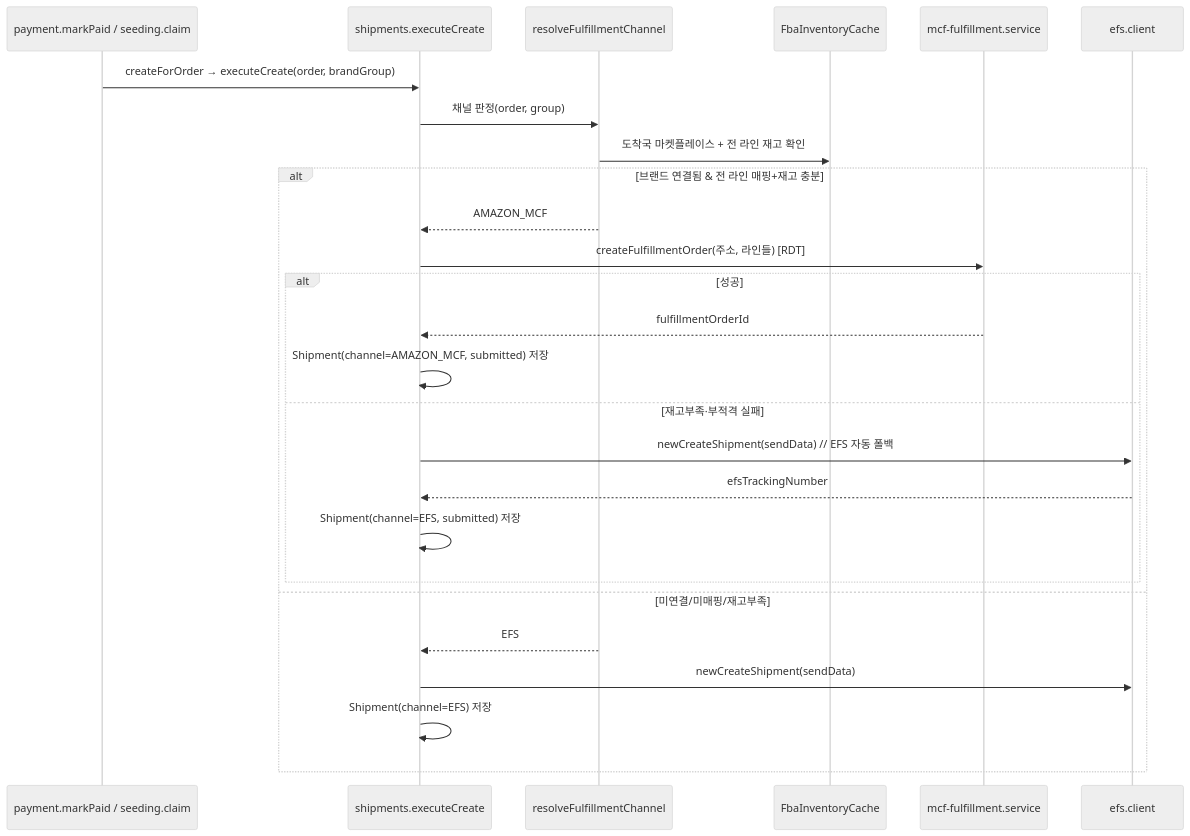
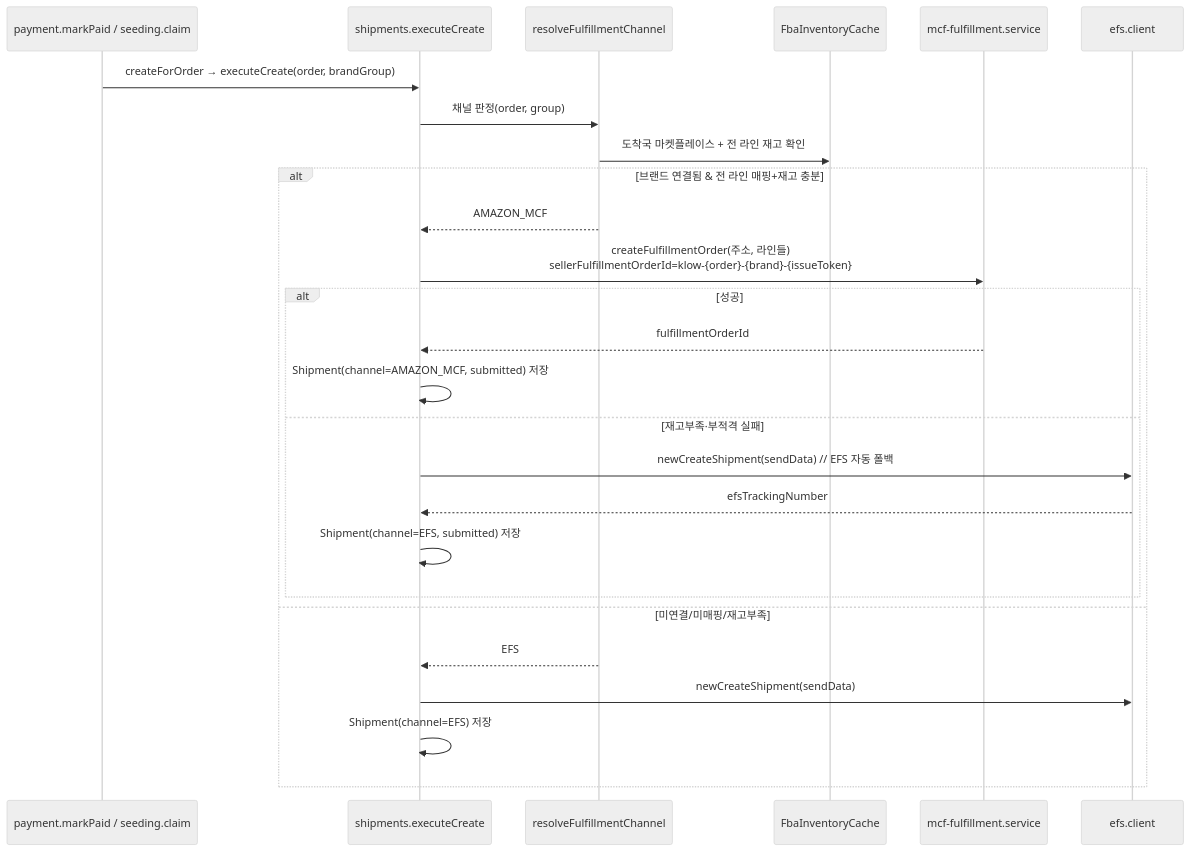
Before and after one commit to hyson0807/klow: the third of 4 diagrams in docs/mcf/flow.md, drawn with Mermaid (neutral theme). The commit also changed other lines of this file and 3 other files, not shown here.

````diff
--- a/docs/mcf/flow.md
+++ b/docs/mcf/flow.md
@@ -58,29 +58,29 @@
 ```mermaid
 sequenceDiagram
   participant Pay as payment.markPaid / seeding.claim
   participant Ship as shipments.executeCreate
   participant Route as resolveFulfillmentChannel
   participant Inv as FbaInventoryCache
   participant MCF as mcf-fulfillment.service
   participant EFS as efs.client
 
   Pay->>Ship: createForOrder → executeCreate(order, brandGroup)
   Ship->>Route: 채널 판정(order, group)
   Route->>Inv: 도착국 마켓플레이스 + 전 라인 재고 확인
   alt 브랜드 연결됨 & 전 라인 매핑+재고 충분
     Route-->>Ship: AMAZON_MCF
-    Ship->>MCF: createFulfillmentOrder(주소, 라인들) [RDT]
+    Ship->>MCF: createFulfillmentOrder(주소, 라인들)<br/>sellerFulfillmentOrderId=klow-{order}-{brand}-{issueToken}
     alt 성공
       MCF-->>Ship: fulfillmentOrderId
       Ship->>Ship: Shipment(channel=AMAZON_MCF, submitted) 저장
     else 재고부족·부적격 실패
       Ship->>EFS: newCreateShipment(sendData)  // EFS 자동 폴백
       EFS-->>Ship: efsTrackingNumber
       Ship->>Ship: Shipment(channel=EFS, submitted) 저장
     end
   else 미연결/미매핑/재고부족
     Route-->>Ship: EFS
     Ship->>EFS: newCreateShipment(sendData)
     Ship->>Ship: Shipment(channel=EFS) 저장
   end
 ```
````
